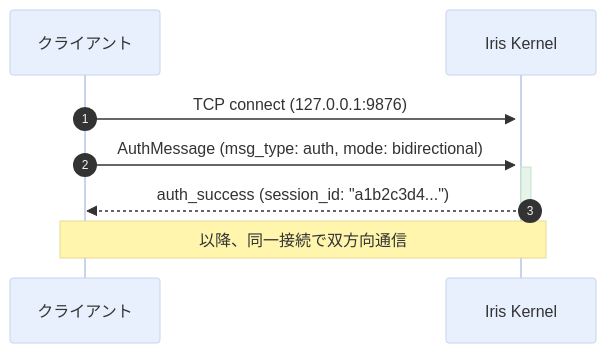
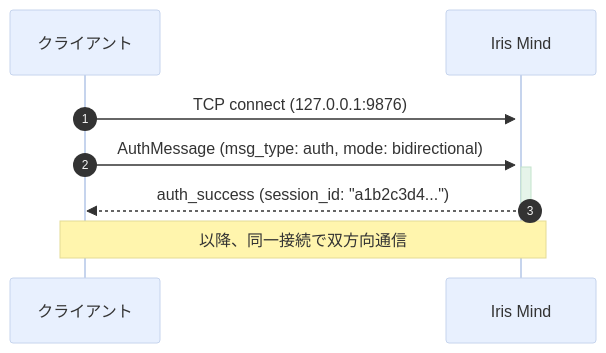
Before and after one commit to ibukani/iris-mind: the first of 3 diagrams in docs/ipc-spec.md, drawn with Mermaid. The commit also changed other lines of this file and 128 other files, not shown here.

````diff
--- a/docs/ipc-spec.md
+++ b/docs/ipc-spec.md
@@ -67,19 +69,19 @@
 ```mermaid
 ---
 config:
   theme: base
   themeVariables:
     primaryColor: "#e8f0fe"
     secondaryColor: "#e6f4ea"
     tertiaryColor: "#fce8e6"
 ---
 sequenceDiagram
     autonumber
     participant Client as クライアント
-    participant Kernel as Iris Kernel
+    participant Kernel as Iris Mind
 
     Client->>+Kernel: TCP connect (127.0.0.1:9876)
     Client->>+Kernel: AuthMessage (msg_type: auth, mode: bidirectional)
     Kernel-->>-Client: auth_success (session_id: "a1b2c3d4...")
     Note over Client,Kernel: 以降、同一接続で双方向通信
 ```
````
